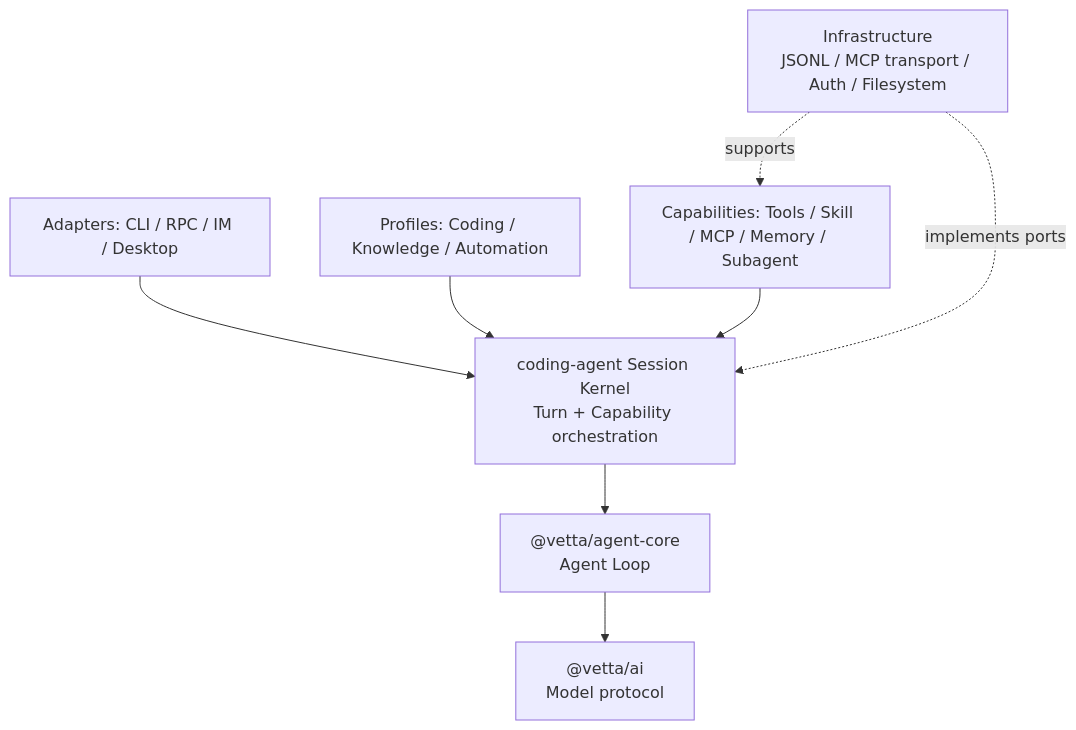
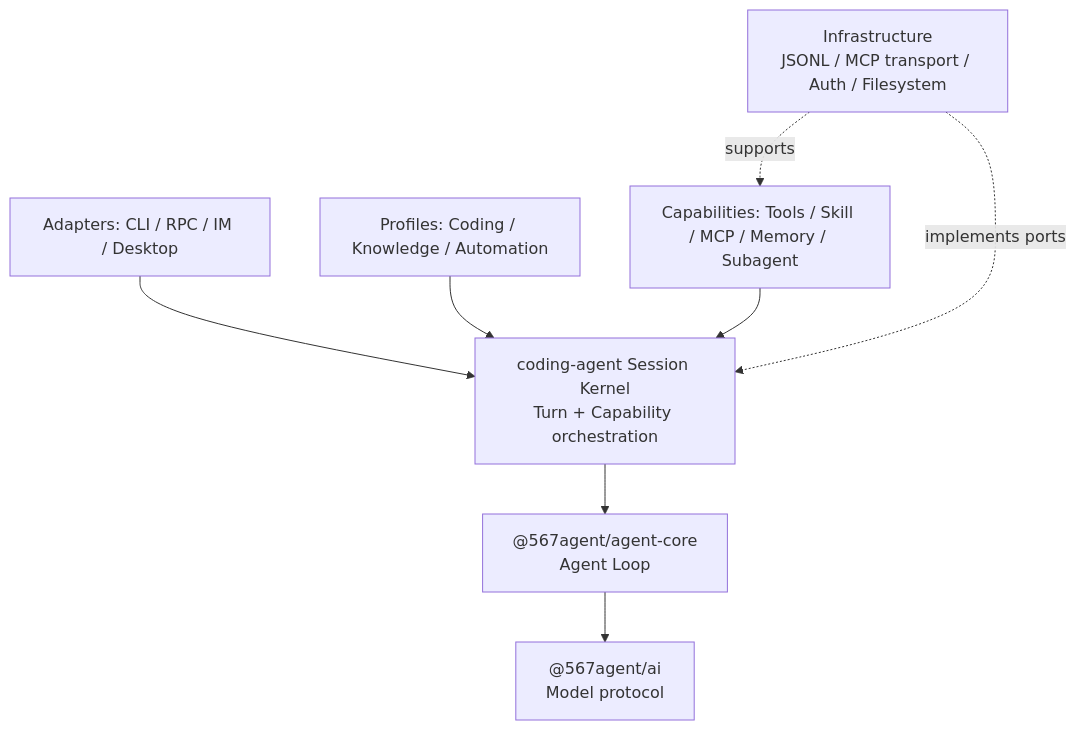
Before and after one commit to Chinachani/567-agent-2.0: the second of 2 diagrams in docs/agent/coding-agent/02-core-boundary-analysis.md, drawn with Mermaid. The commit also changed other lines of this file and 1962 other files, not shown here.

````diff
--- a/docs/agent/coding-agent/02-core-boundary-analysis.md
+++ b/docs/agent/coding-agent/02-core-boundary-analysis.md
@@ -275,18 +275,18 @@
 ```mermaid
 flowchart TB
     Adapters["Adapters: CLI / RPC / IM / Desktop"]
     Profiles["Profiles: Coding / Knowledge / Automation"]
     Capabilities["Capabilities: Tools / Skill / MCP / Memory / Subagent"]
     Kernel["coding-agent Session Kernel<br/>Turn + Capability orchestration"]
-    Agent["@vetta/agent-core<br/>Agent Loop"]
-    AI["@vetta/ai<br/>Model protocol"]
+    Agent["@567agent/agent-core<br/>Agent Loop"]
+    AI["@567agent/ai<br/>Model protocol"]
     Infra["Infrastructure<br/>JSONL / MCP transport / Auth / Filesystem"]
 
     Adapters --> Kernel
     Profiles --> Kernel
     Capabilities --> Kernel
     Kernel --> Agent
     Agent --> AI
     Infra -. "implements ports" .-> Kernel
     Infra -. "supports" .-> Capabilities
 ```
````
